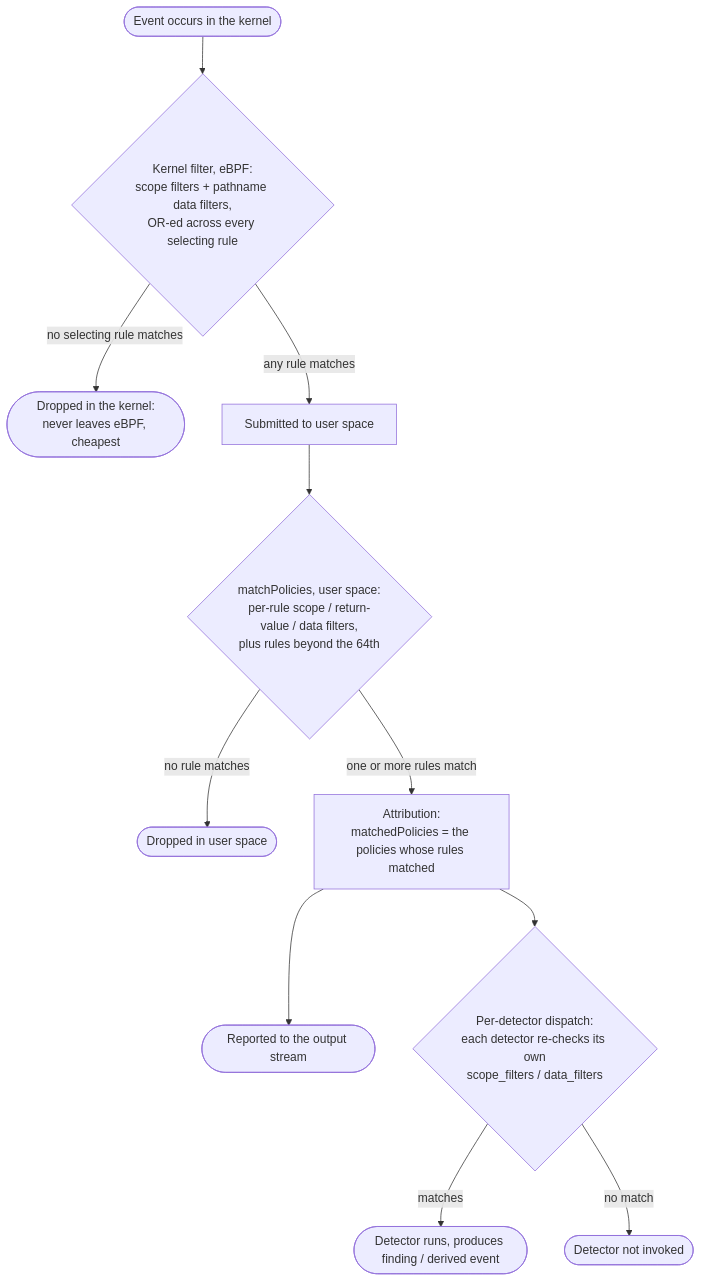
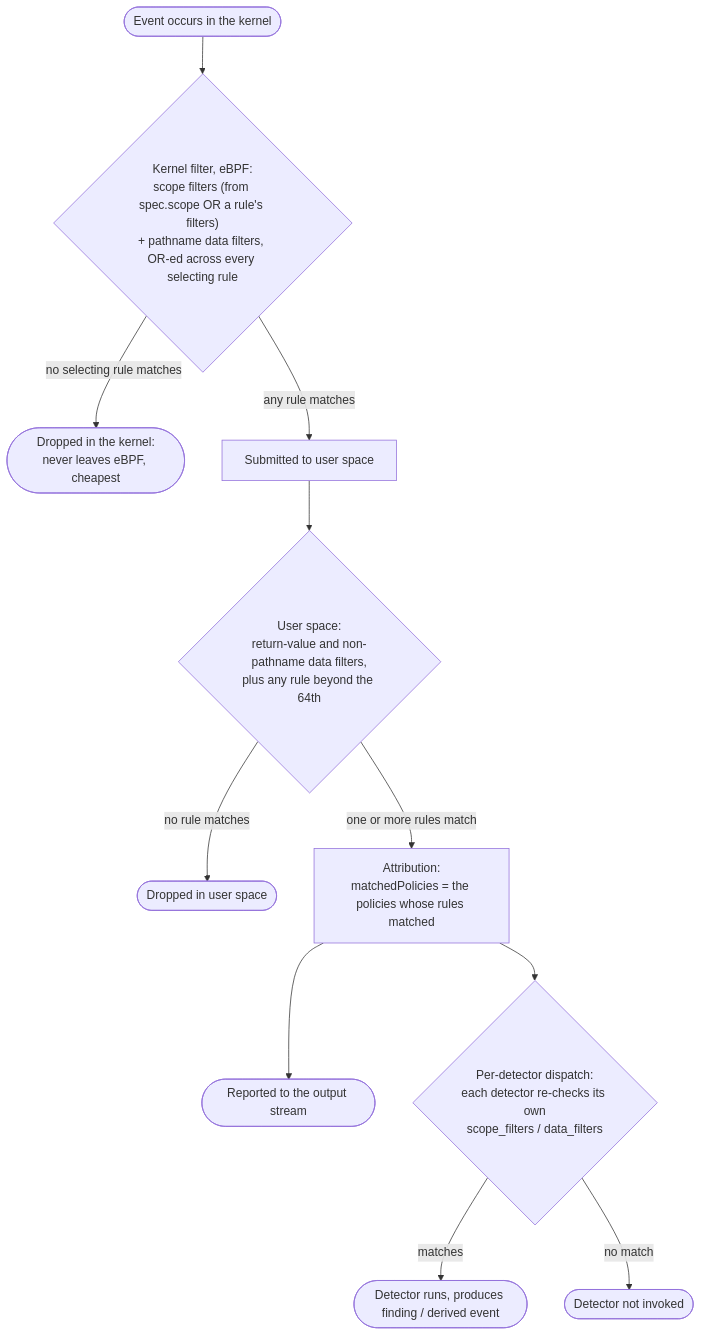
One commit to aquasecurity/tracee changed the diagram in docs/docs/policies/rules.md. Above: the diagram before and after it, drawn with Mermaid. The commit also changed other lines of this file and 1 other file, not shown here.

Commit message:
docs: fix filtering diagram and CEL uid field, add chain flow charts
- rules.md: correct the filtering-pipeline diagram - a scope filter written in
  a rule's filters: runs in the kernel like spec.scope, not in user space.
- yaml-detectors.md: add flow charts for detector composition (the chain flow,
  and how a detector's filters are pushed down to the raw kernel event), and fix
  the CEL examples to use workload.process.real_user.id (workload.process.uid
  does not compile).

````diff
--- a/docs/docs/policies/rules.md
+++ b/docs/docs/policies/rules.md
@@ -388,13 +388,13 @@
 ```mermaid
 flowchart TD
-    E([Event occurs in the kernel]) --> K{"Kernel filter, eBPF:<br/>scope filters + pathname data filters,<br/>OR-ed across every selecting rule"}
+    E([Event occurs in the kernel]) --> K{"Kernel filter, eBPF:<br/>scope filters (from spec.scope OR a rule's filters)<br/>+ pathname data filters, OR-ed across every selecting rule"}
     K -- no selecting rule matches --> KD([Dropped in the kernel:<br/>never leaves eBPF, cheapest])
     K -- any rule matches --> U[Submitted to user space]
-    U --> M{"matchPolicies, user space:<br/>per-rule scope / return-value / data filters,<br/>plus rules beyond the 64th"}
+    U --> M{"User space:<br/>return-value and non-pathname data filters,<br/>plus any rule beyond the 64th"}
     M -- no rule matches --> UD([Dropped in user space])
     M -- one or more rules match --> A["Attribution:<br/>matchedPolicies = the policies whose rules matched"]
     A --> OUT([Reported to the output stream])
     A --> D{"Per-detector dispatch:<br/>each detector re-checks its own<br/>scope_filters / data_filters"}
     D -- matches --> DET([Detector runs, produces finding / derived event])
     D -- no match --> SK([Detector not invoked])
 ```
````
